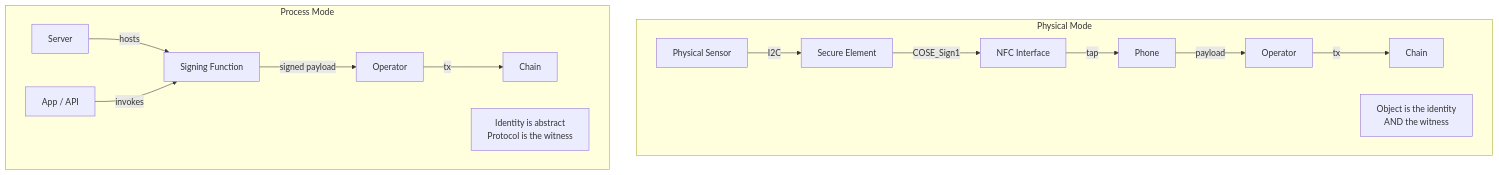
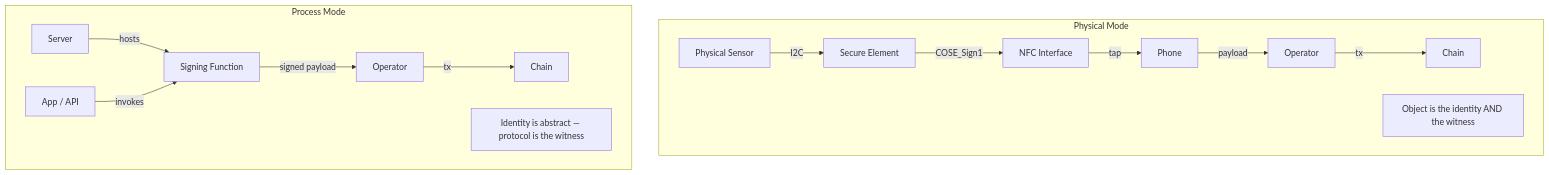
Diagram 16 of 19 in docs/framework/schema.md (lambdasistemi/cardano-for-regulators), drawn with Mermaid before and after one commit. The commit also changed other lines of this file and 1 other file, not shown here.

First line of the commit message:
fix: replace HTML tags in mermaid node labels with plain text

````diff
--- a/docs/framework/schema.md
+++ b/docs/framework/schema.md
@@ -597,21 +597,21 @@
 ```mermaid
 graph TB
     subgraph Physical Mode
         SENSOR[Physical Sensor] -->|I2C| SE[Secure Element]
         SE -->|COSE_Sign1| NFC[NFC Interface]
         NFC -->|tap| PHONE[Phone]
         PHONE -->|payload| OP1[Operator]
         OP1 -->|tx| CHAIN1[Chain]
 
-        NOTE1[Object is the identity<br/>AND the witness]
+        NOTE1["Object is the identity AND the witness"]
     end
 
     subgraph Process Mode
         SERVER[Server] -->|hosts| SFUNC[Signing Function]
         APP[App / API] -->|invokes| SFUNC
         SFUNC -->|signed payload| OP2[Operator]
         OP2 -->|tx| CHAIN2[Chain]
 
-        NOTE2[Identity is abstract<br/>Protocol is the witness]
+        NOTE2["Identity is abstract — protocol is the witness"]
     end
 ```
````
